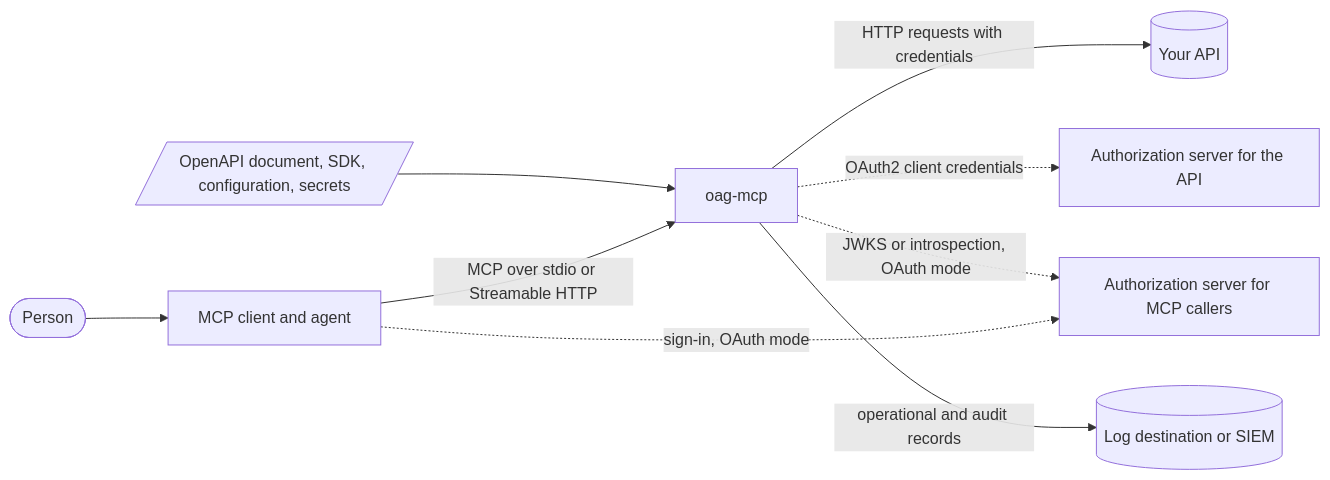
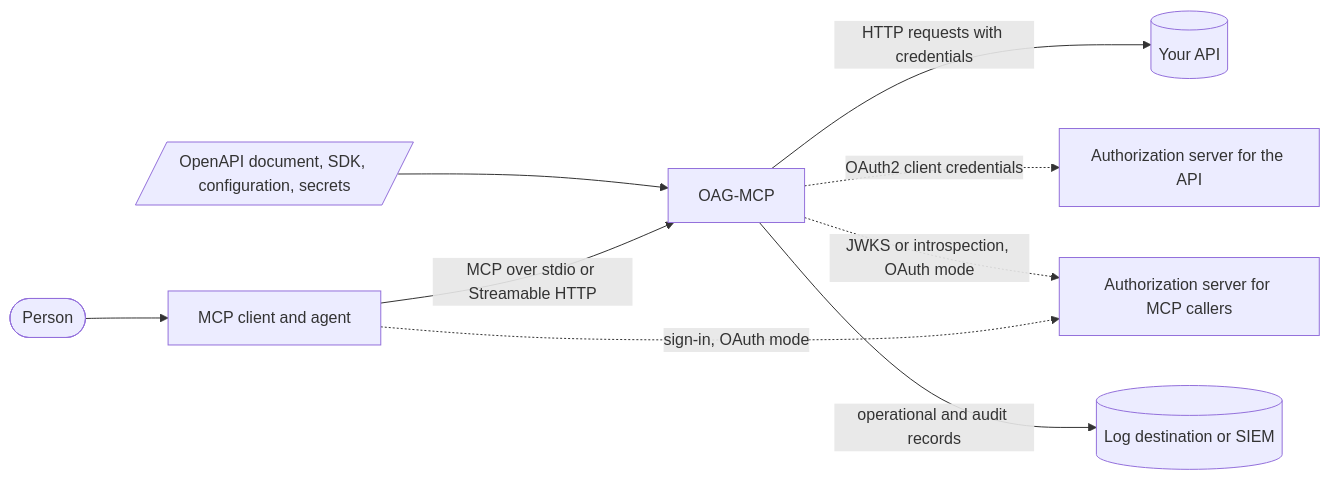
Before and after one commit to oapicf/oag-mcp: the second of 4 diagrams in docs/architecture.md, drawn with Mermaid. The commit also changed other lines of this file and 24 other files, not shown here.

````diff
--- a/docs/architecture.md
+++ b/docs/architecture.md
@@ -94,11 +94,11 @@
 ```mermaid
 flowchart LR
   person([Person]) --> client["MCP client and agent"]
-  client -- "MCP over stdio or Streamable HTTP" --> oag["oag-mcp"]
+  client -- "MCP over stdio or Streamable HTTP" --> oag["OAG-MCP"]
   oag -- "HTTP requests with credentials" --> api[("Your API")]
   oag -. "OAuth2 client credentials" .-> apiAuth["Authorization server for the API"]
   client -. "sign-in, OAuth mode" .-> mcpAuth["Authorization server for MCP callers"]
   oag -. "JWKS or introspection, OAuth mode" .-> mcpAuth
   oag -- "operational and audit records" --> logs[("Log destination or SIEM")]
   inputs[/"OpenAPI document, SDK, configuration, secrets"/] --> oag
 ```
````
